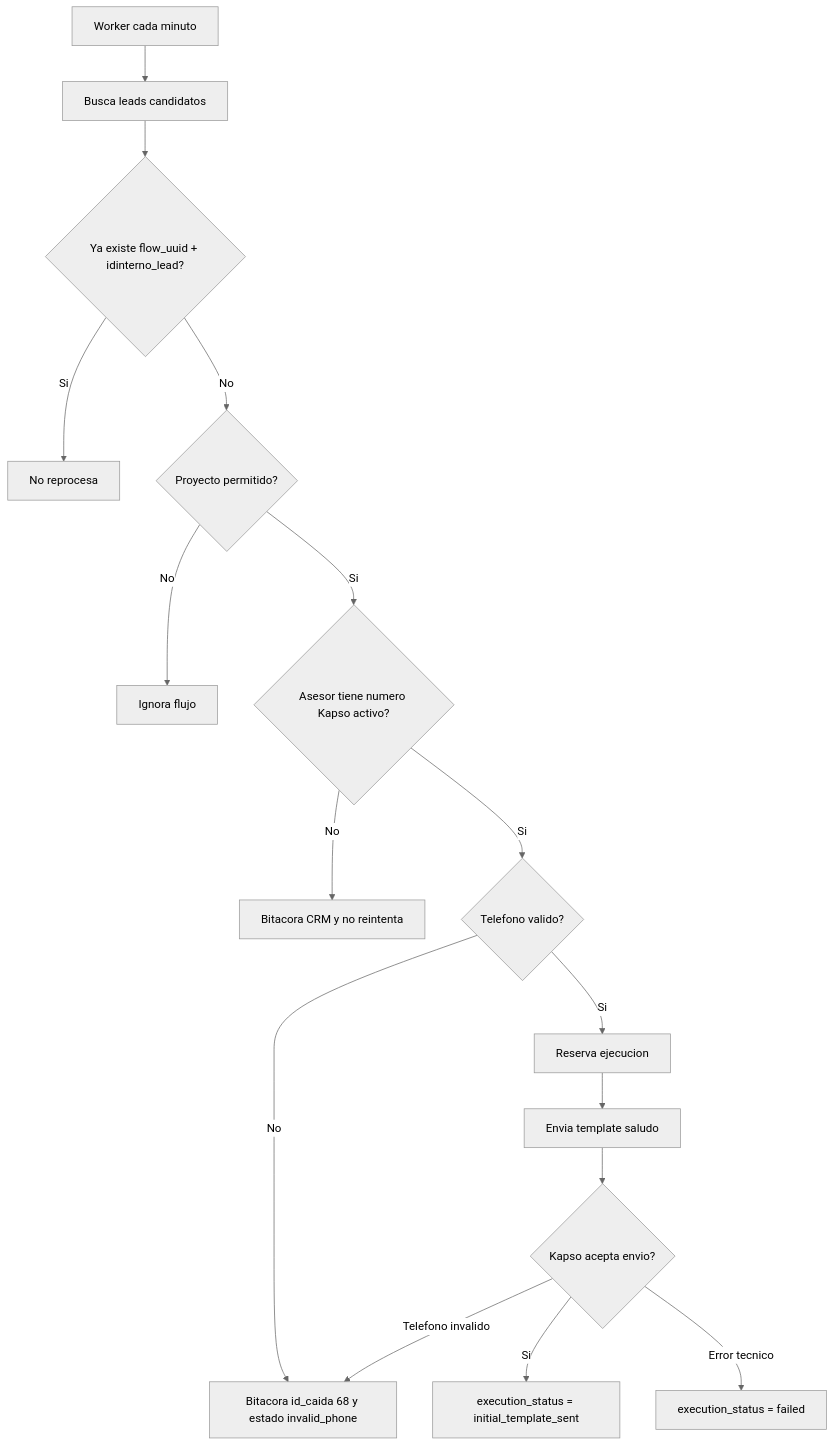
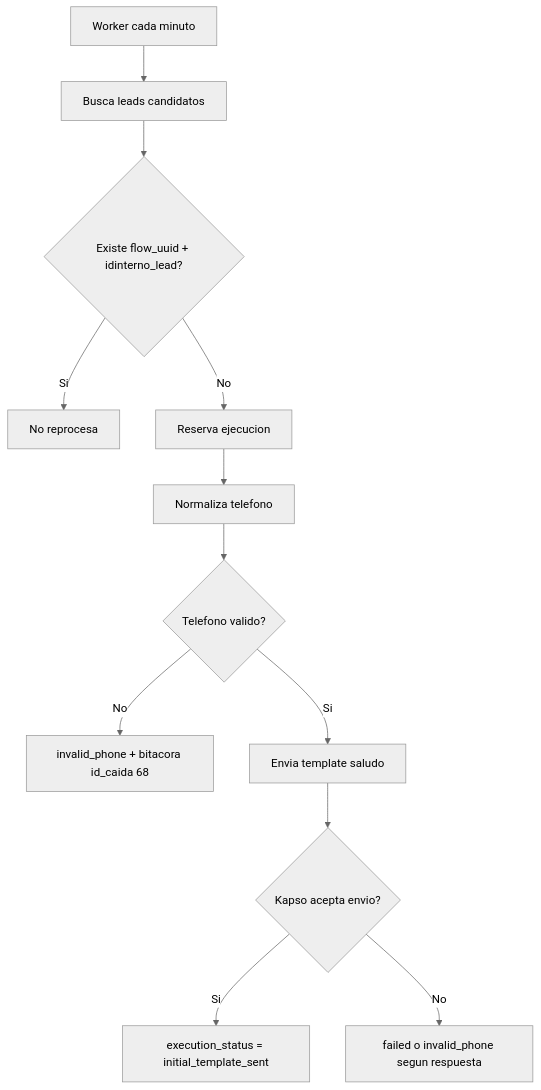
The fifth of 8 diagrams in README.md (roccacr/CRM_VENTAS), drawn with Mermaid (neutral theme) before and after one commit. The commit also changed other lines of this file and 8 other files, not shown here.

Commit message:
Update Kapso flow docs and no-response handling

````diff
--- a/README.md
+++ b/README.md
@@ -238,18 +309,14 @@
 ```mermaid
 flowchart TD
   A["Worker cada minuto"] --> B["Busca leads candidatos"]
-  B --> C{"Ya existe flow_uuid + idinterno_lead?"}
+  B --> C{"Existe flow_uuid + idinterno_lead?"}
   C -- "Si" --> D["No reprocesa"]
-  C -- "No" --> E{"Proyecto permitido?"}
-  E -- "No" --> F["Ignora flujo"]
-  E -- "Si" --> G{"Asesor tiene numero Kapso activo?"}
-  G -- "No" --> H["Bitacora CRM y no reintenta"]
-  G -- "Si" --> I{"Telefono valido?"}
-  I -- "No" --> J["Bitacora id_caida 68 y estado invalid_phone"]
-  I -- "Si" --> K["Reserva ejecucion"]
-  K --> L["Envia template saludo"]
-  L --> M{"Kapso acepta envio?"}
-  M -- "Si" --> N["execution_status = initial_template_sent"]
-  M -- "Telefono invalido" --> J
-  M -- "Error tecnico" --> O["execution_status = failed"]
+  C -- "No" --> E["Reserva ejecucion"]
+  E --> F["Normaliza telefono"]
+  F --> G{"Telefono valido?"}
+  G -- "No" --> H["invalid_phone + bitacora id_caida 68"]
+  G -- "Si" --> I["Envia template saludo"]
+  I --> J{"Kapso acepta envio?"}
+  J -- "Si" --> K["execution_status = initial_template_sent"]
+  J -- "No" --> L["failed o invalid_phone segun respuesta"]
 ```
````
